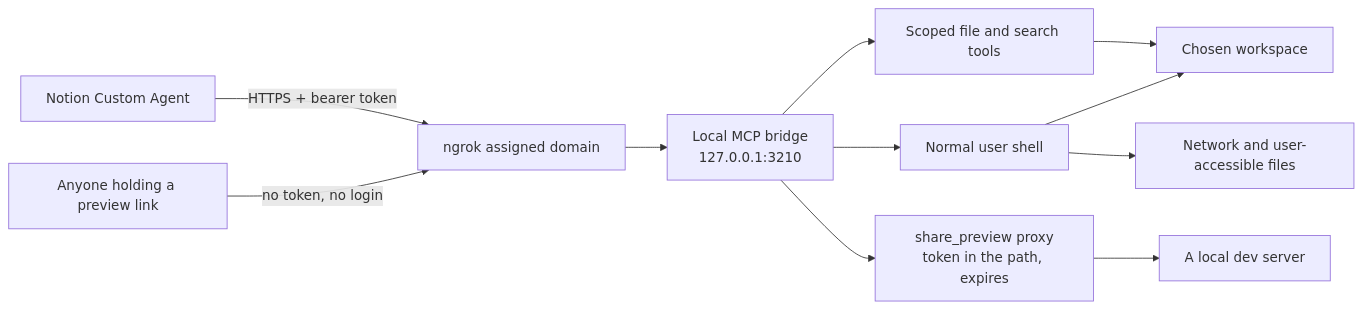
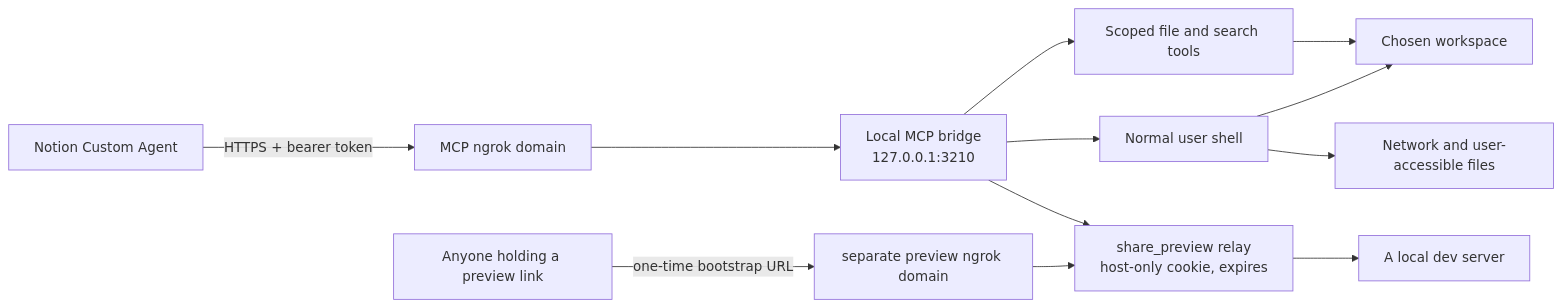
Before and after one commit to soumosa/notion-cowork-bridge: the diagram in README.md, drawn with Mermaid. The commit also changed other lines of this file and 16 other files, not shown here.

Commit message:
fix: fail closed for preview domain collisions

````diff
--- a/README.md
+++ b/README.md
@@ -109,13 +109,14 @@
 ```mermaid
 flowchart LR
-    A["Notion Custom Agent"] -->|"HTTPS + bearer token"| B["ngrok assigned domain"]
-    H["Anyone holding a preview link"] -->|"no token, no login"| B
+    A["Notion Custom Agent"] -->|"HTTPS + bearer token"| B["MCP ngrok domain"]
     B --> C["Local MCP bridge<br/>127.0.0.1:3210"]
+    H["Anyone holding a preview link"] -->|"one-time bootstrap URL"| Q["separate preview ngrok domain"]
     C --> D["Scoped file and search tools"]
     C --> E["Normal user shell"]
-    C --> P["share_preview proxy<br/>token in the path, expires"]
+    C --> P["share_preview relay<br/>host-only cookie, expires"]
+    Q --> P
     D --> F["Chosen workspace"]
     E --> F
     E --> G["Network and user-accessible files"]
     P --> L["A local dev server"]
 ```
````
